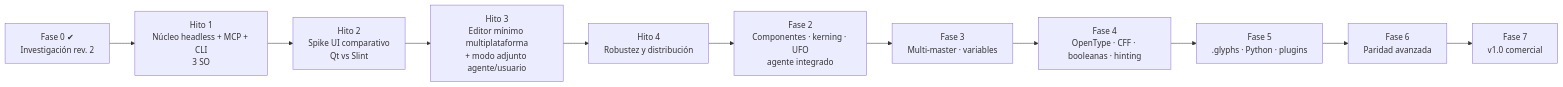
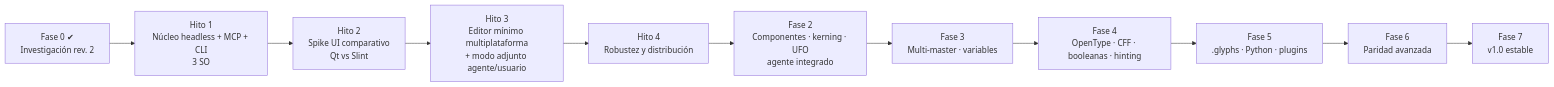
Before and after one commit to luisfarfan/forma: the diagram in docs/04-roadmap.md, drawn with Mermaid. The commit also changed other lines of this file and 7 other files, not shown here.

````diff
--- a/docs/04-roadmap.md
+++ b/docs/04-roadmap.md
@@ -20,13 +20,13 @@
 ```mermaid
 flowchart LR
   F0[Fase 0 ✔<br/>Investigación rev. 2] --> H1[Hito 1<br/>Núcleo headless + MCP + CLI<br/>3 SO]
   H1 --> H2[Hito 2<br/>Spike UI comparativo<br/>Qt vs Slint]
   H2 --> H3[Hito 3<br/>Editor mínimo multiplataforma<br/>+ modo adjunto agente/usuario]
   H3 --> H4[Hito 4<br/>Robustez y distribución]
   H4 --> F2[Fase 2<br/>Componentes · kerning · UFO<br/>agente integrado]
   F2 --> F3[Fase 3<br/>Multi-master · variables]
   F3 --> F4[Fase 4<br/>OpenType · CFF · booleanas · hinting]
   F4 --> F5[Fase 5<br/>.glyphs · Python · plugins]
   F5 --> F6[Fase 6<br/>Paridad avanzada]
-  F6 --> F7[Fase 7<br/>v1.0 comercial]
+  F6 --> F7[Fase 7<br/>v1.0 estable]
 ```
````
